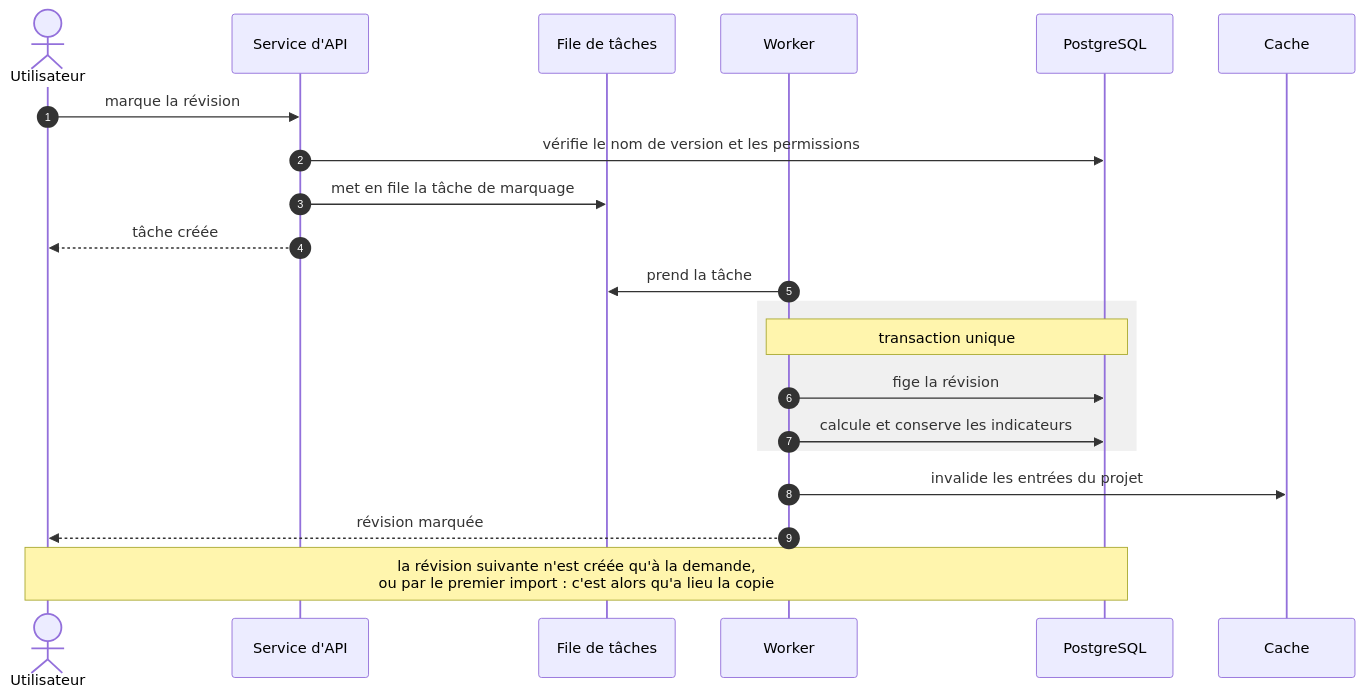
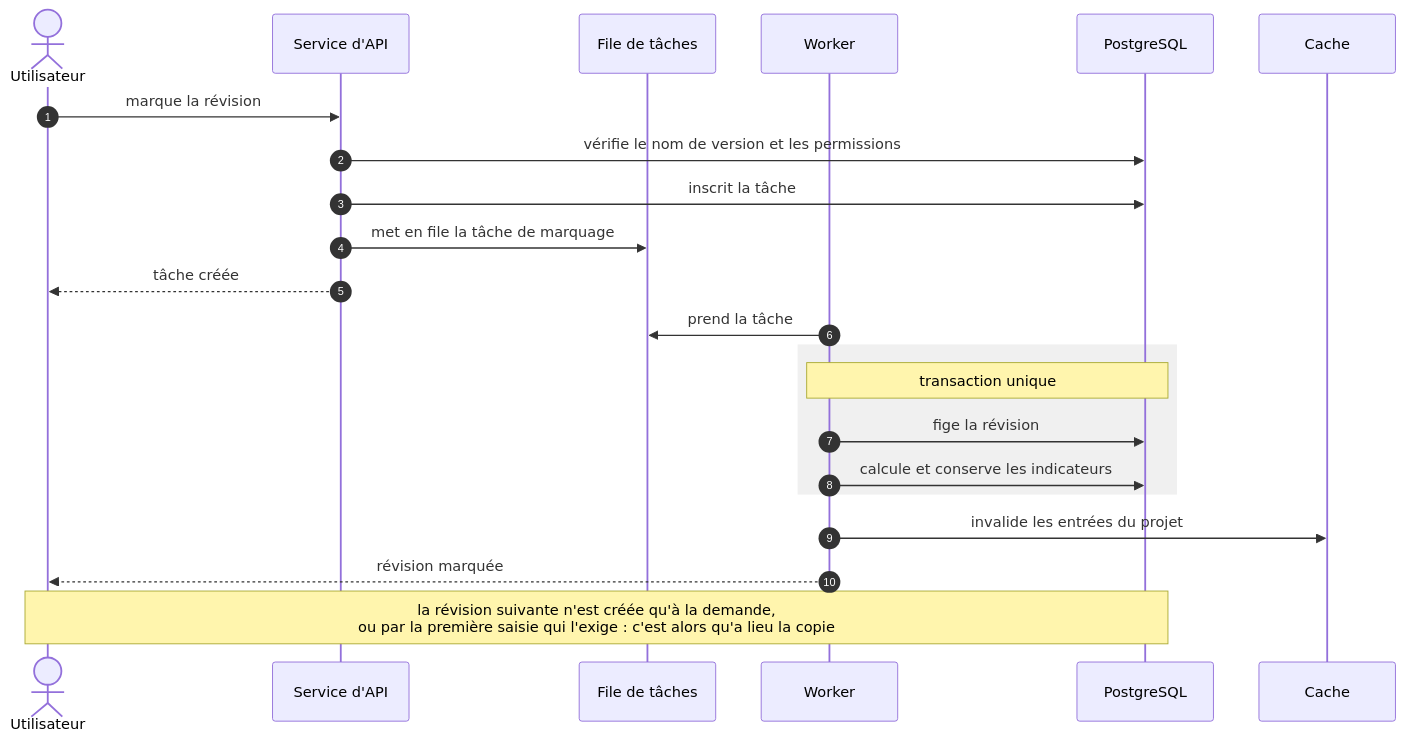
The diagram in docs/spec/figures/marquage-revision.mmd (waterfall-project/wf-project), drawn with Mermaid before and after one commit. The commit also changed 7 other files, not shown here.

```diff
--- a/docs/spec/figures/marquage-revision.mmd
+++ b/docs/spec/figures/marquage-revision.mmd
@@ -1,22 +1,23 @@
 sequenceDiagram
     autonumber
     actor U as Utilisateur
     participant A as Service d'API
     participant F as File de tâches
     participant W as Worker
     participant B as PostgreSQL
     participant C as Cache
 
     U->>A: marque la révision
     A->>B: vérifie le nom de version et les permissions
+    A->>B: inscrit la tâche
     A->>F: met en file la tâche de marquage
     A-->>U: tâche créée
     W->>F: prend la tâche
     rect rgb(240, 240, 240)
         Note over W,B: transaction unique
         W->>B: fige la révision
         W->>B: calcule et conserve les indicateurs
     end
     W->>C: invalide les entrées du projet
     W-->>U: révision marquée
-    Note over U,B: la révision suivante n'est créée qu'à la demande,<br/>ou par le premier import : c'est alors qu'a lieu la copie
+    Note over U,B: la révision suivante n'est créée qu'à la demande,<br/>ou par la première saisie qui l'exige : c'est alors qu'a lieu la copie
```
